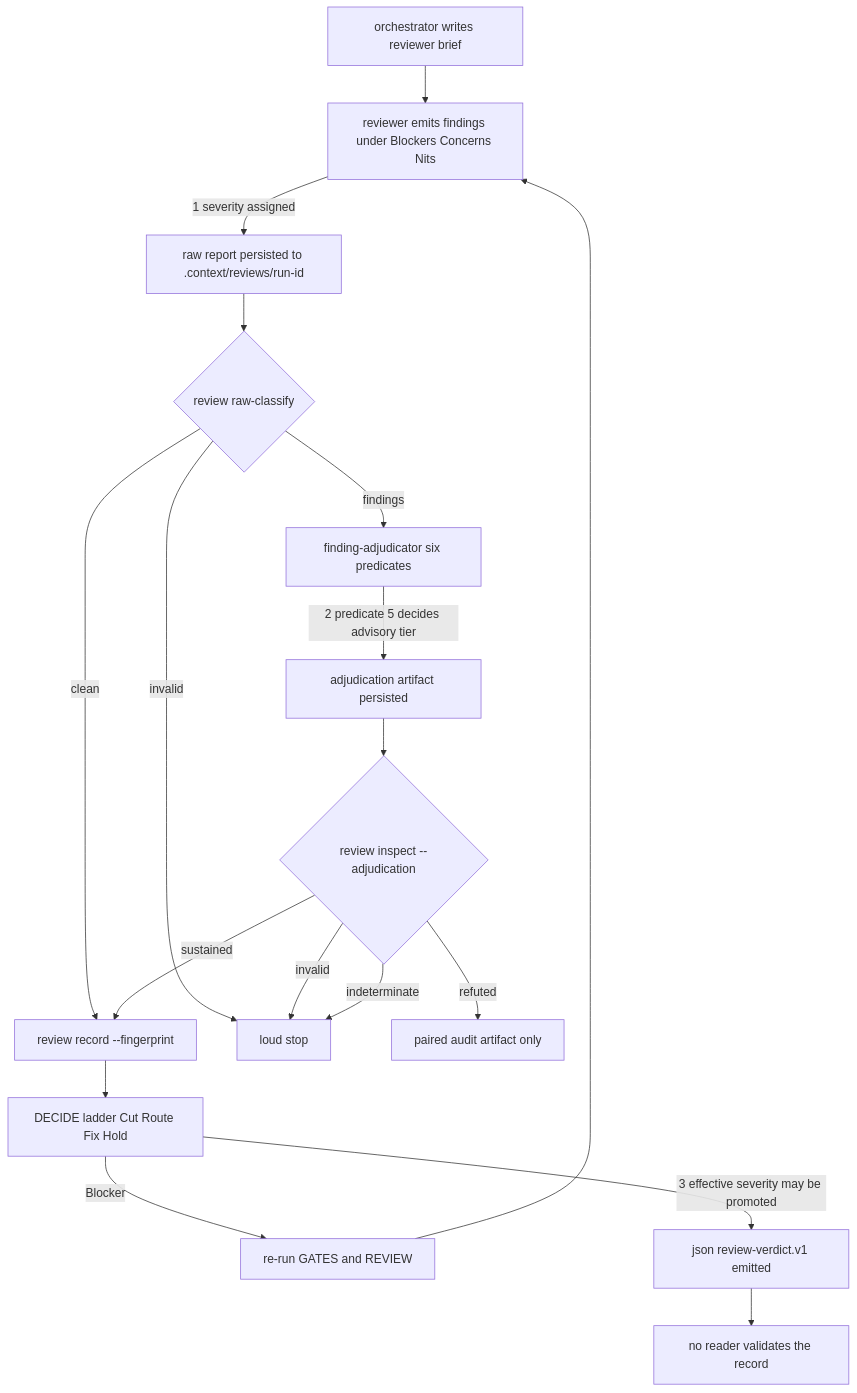
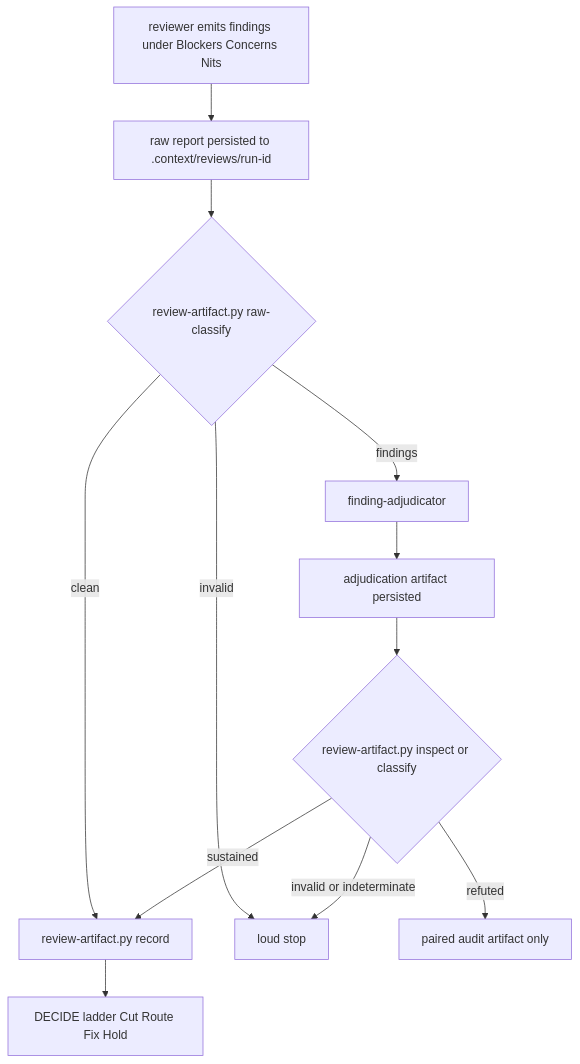
The second of 2 diagrams in docs/architecture/loop-infrastructure.md (eugenelim/agent-ready-repo), drawn with Mermaid before and after one commit. The commit also changed other lines of this file and 31 other files, not shown here.

First line of the commit message:
docs(architecture): describe the shipped work-loop execution supervisor (cutover T3) (#1649)

````diff
--- a/docs/architecture/loop-infrastructure.md
+++ b/docs/architecture/loop-infrastructure.md
@@ -268,33 +163,23 @@
 ```mermaid
 flowchart TD
-  BRIEF[orchestrator writes reviewer brief]
   REV[reviewer emits findings under Blockers Concerns Nits]
   RAW[raw report persisted to .context/reviews/run-id]
-  CLS{review raw-classify}
-  ADJ[finding-adjudicator six predicates]
+  CLS{review-artifact.py raw-classify}
+  ADJ[finding-adjudicator]
   ADJART[adjudication artifact persisted]
-  INSP{review inspect --adjudication}
-  REC[review record --fingerprint]
+  INSP{review-artifact.py inspect or classify}
+  REC[review-artifact.py record]
   DEC[DECIDE ladder Cut Route Fix Hold]
-  GATES[re-run GATES and REVIEW]
-  VERD[json review-verdict.v1 emitted]
-  NOVAL[no reader validates the record]
 
-  BRIEF --> REV
-  REV -->|1 severity assigned| RAW
+  REV --> RAW
   RAW --> CLS
   CLS -->|clean| REC
   CLS -->|invalid| STOP[loud stop]
   CLS -->|findings| ADJ
-  ADJ -->|2 predicate 5 decides advisory tier| ADJART
+  ADJ --> ADJART
   ADJART --> INSP
   INSP -->|refuted| AUDIT[paired audit artifact only]
-  INSP -->|invalid| STOP
-  INSP -->|indeterminate| STOP
+  INSP -->|invalid or indeterminate| STOP
   INSP -->|sustained| REC
   REC --> DEC
-  DEC -->|3 effective severity may be promoted| VERD
-  DEC -->|Blocker| GATES
-  GATES --> REV
-  VERD --> NOVAL
 ```
````
